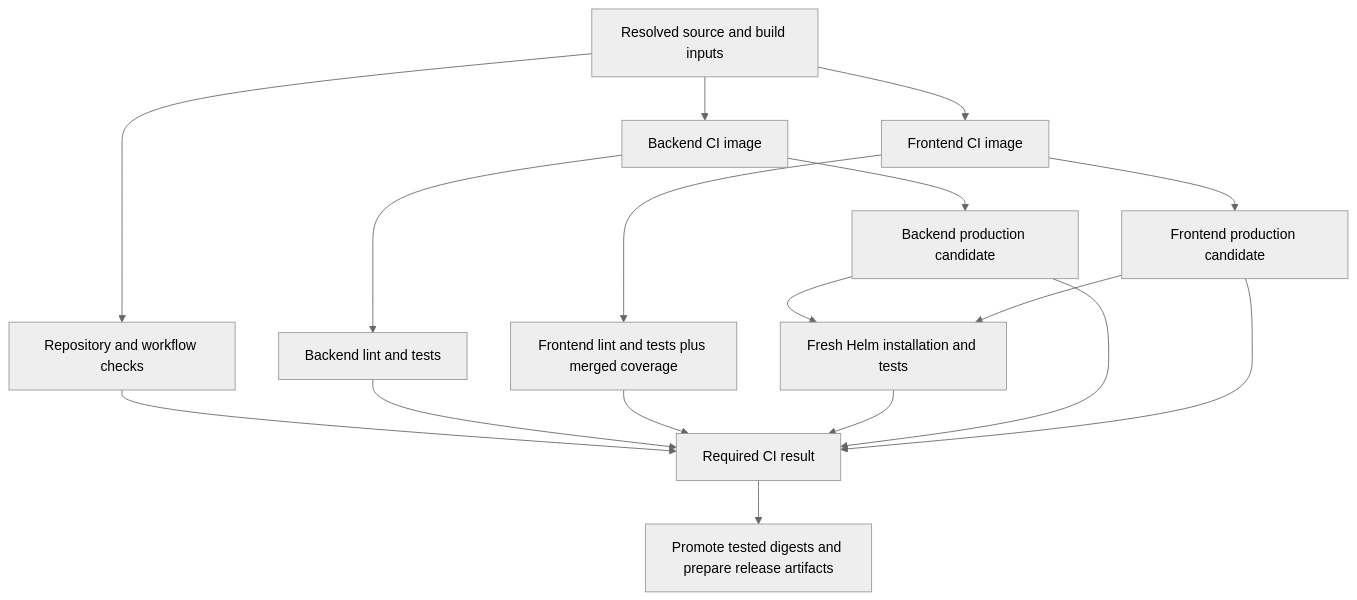
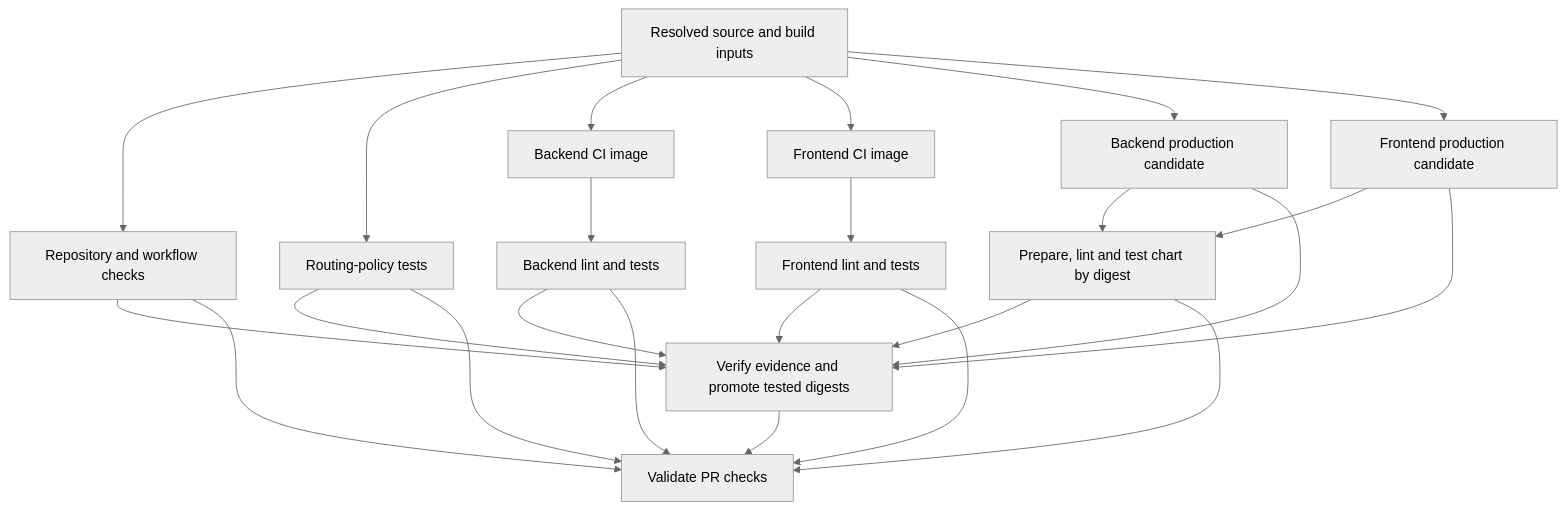
One commit to cloud-native-aixmarseille/pleey changed the first of 3 diagrams in docs/technical/architecture/adr/0023-optimize-ci-execution-and-caching.md. Above: the diagram before and after it, drawn with Mermaid (neutral theme). The commit also changed other lines of this file and 22 other files, not shown here.

````diff
--- a/docs/technical/architecture/adr/0023-optimize-ci-execution-and-caching.md
+++ b/docs/technical/architecture/adr/0023-optimize-ci-execution-and-caching.md
@@ -367,19 +372,26 @@
 ```mermaid
 flowchart TD
     S[Resolved source and build inputs] --> L[Repository and workflow checks]
+    S --> R[Routing-policy tests]
     S --> B[Backend CI image]
     S --> F[Frontend CI image]
+    S --> BP[Backend production candidate]
+    S --> FP[Frontend production candidate]
     B --> BC[Backend lint and tests]
-    F --> FC[Frontend lint and tests plus merged coverage]
-    B --> BP[Backend production candidate]
-    F --> FP[Frontend production candidate]
-    BP --> H[Fresh Helm installation and tests]
+    F --> FC[Frontend lint and tests]
+    BP --> H[Prepare, lint and test chart by digest]
     FP --> H
-    L --> G[Required CI result]
+    L --> P[Verify evidence and promote tested digests]
+    R --> P
+    BC --> P
+    FC --> P
+    BP --> P
+    FP --> P
+    H --> P
+    P --> G[Validate PR checks]
+    L --> G
+    R --> G
     BC --> G
     FC --> G
     H --> G
-    BP --> G
-    FP --> G
-    G --> P[Promote tested digests and prepare release artifacts]
 ```
````
